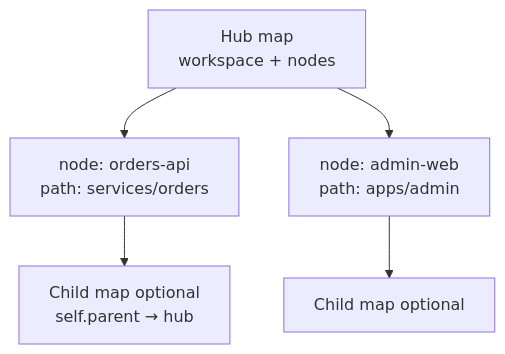
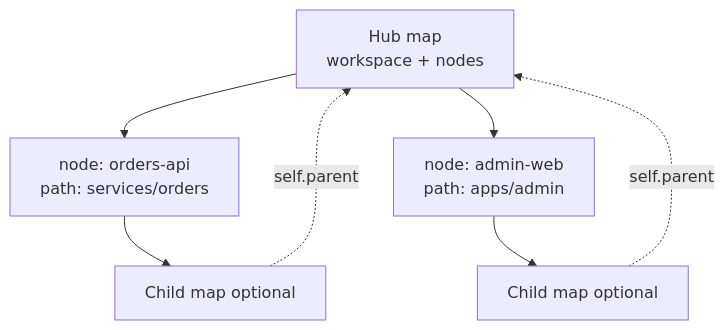
One commit to gitpash/agent-artifact-protocol changed the third of 5 diagrams in README.md. Above: the diagram before and after it, drawn with Mermaid. The commit also changed other lines of this file, not shown here.

First line of the commit message:
docs(readme): finish review nits — access/write, diagrams, pin, scope

````diff
--- a/README.md
+++ b/README.md
@@ -146,8 +157,10 @@
 ```mermaid
 flowchart TB
   H["Hub map<br/>workspace + nodes"]
   H --> N1["node: orders-api<br/>path: services/orders"]
   H --> N2["node: admin-web<br/>path: apps/admin"]
-  N1 --> C1["Child map optional<br/>self.parent → hub"]
+  N1 --> C1["Child map optional"]
   N2 --> C2["Child map optional"]
+  C1 -.->|self.parent| H
+  C2 -.->|self.parent| H
 ```
````
